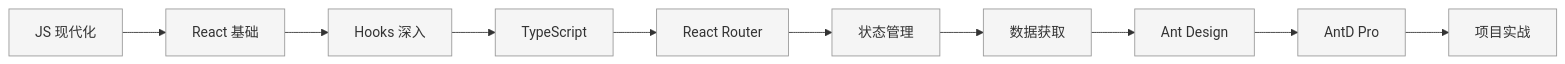
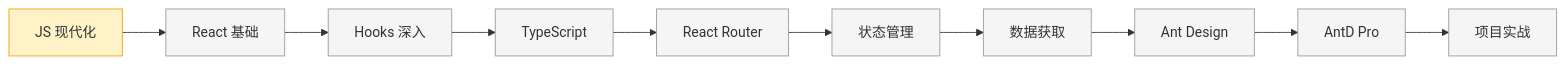
The diagram in content/learning/react/_MOC.md (linqibin0826/Patra-docs), drawn with Mermaid before and after one commit. The commit also changed other lines of this file and 24 other files, not shown here.

````diff
--- a/content/learning/react/_MOC.md
+++ b/content/learning/react/_MOC.md
@@ -39,23 +133,23 @@
 ```mermaid
 flowchart LR
     A[JS 现代化] --> B[React 基础]
     B --> C[Hooks 深入]
     C --> D[TypeScript]
     D --> E[React Router]
     E --> F[状态管理]
     F --> G[数据获取]
     G --> H[Ant Design]
     H --> I[AntD Pro]
     I --> J[项目实战]
 
-    style A fill:#f5f5f5,stroke:#999
+    style A fill:#fef3c7,stroke:#f59e0b
     style B fill:#f5f5f5,stroke:#999
     style C fill:#f5f5f5,stroke:#999
     style D fill:#f5f5f5,stroke:#999
     style E fill:#f5f5f5,stroke:#999
     style F fill:#f5f5f5,stroke:#999
     style G fill:#f5f5f5,stroke:#999
     style H fill:#f5f5f5,stroke:#999
     style I fill:#f5f5f5,stroke:#999
     style J fill:#f5f5f5,stroke:#999
 ```
````
